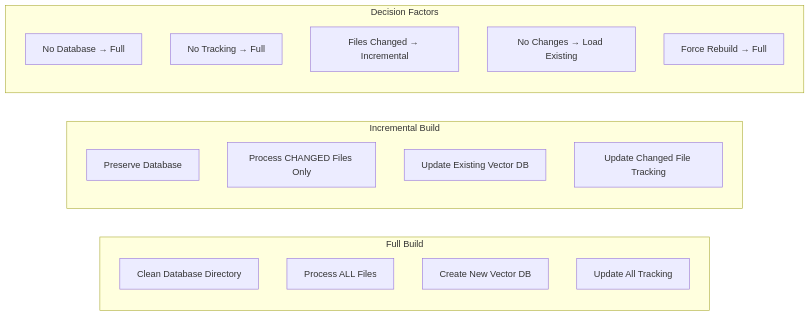
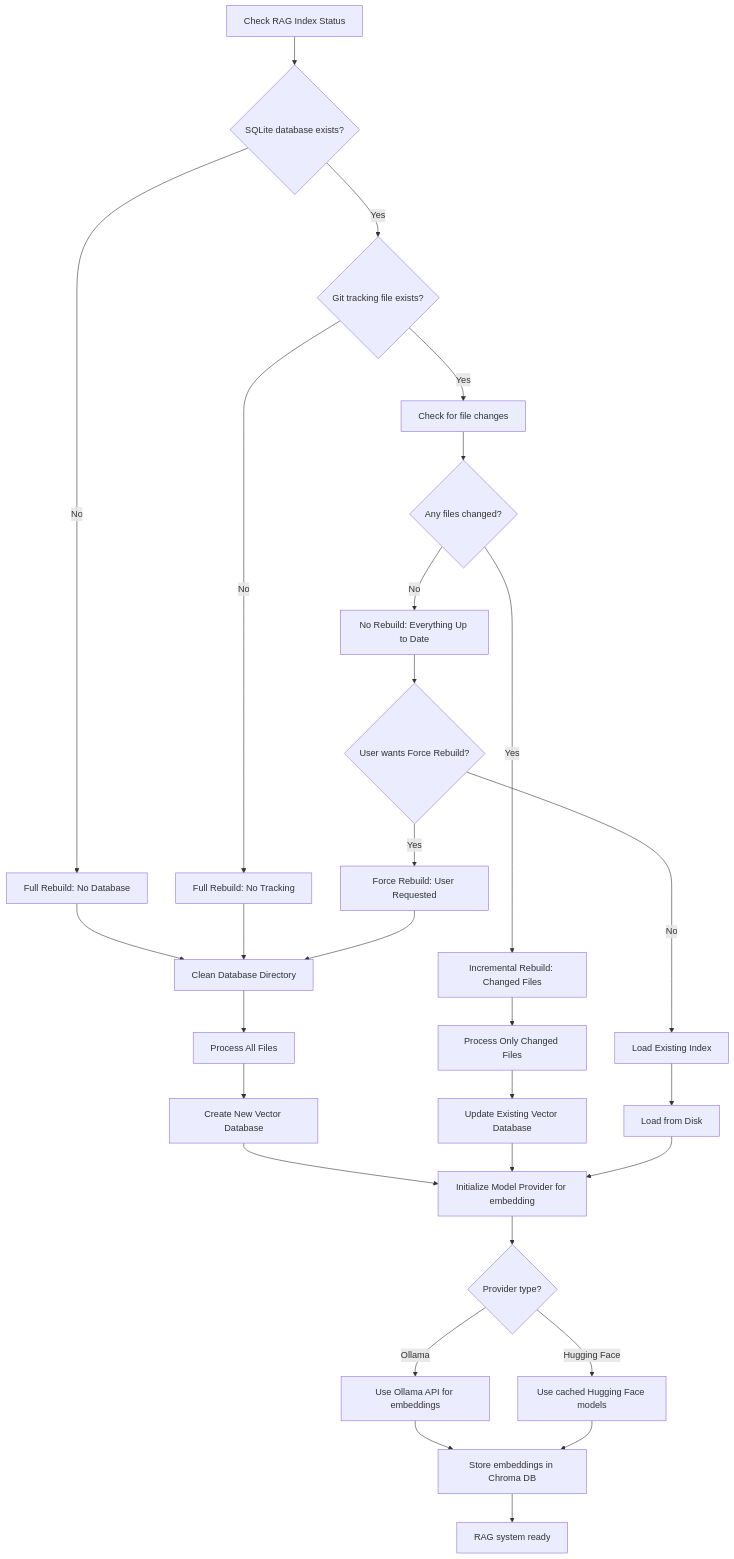
One commit to anilbattini/codebase-qa changed the fourth of 5 diagrams in debug_tools/MERMAID_CHART.md. Above: the diagram before and after it, drawn with Mermaid. The commit also changed other lines of this file and 16 other files, not shown here.

Commit message:
model provider experiment

````diff
--- a/debug_tools/MERMAID_CHART.md
+++ b/debug_tools/MERMAID_CHART.md
@@ -109,24 +125,41 @@
 ```mermaid
-flowchart LR
-    subgraph "Full Build"
-        A1[Clean Database Directory]
-        A2[Process ALL Files]
-        A3[Create New Vector DB]
-        A4[Update All Tracking]
-    end
+flowchart TD
+    A[Check RAG Index Status] --> B{SQLite database exists?}
+    B -->|No| C[Full Rebuild: No Database]
+    B -->|Yes| D{Git tracking file exists?}
     
-    subgraph "Incremental Build"
-        B1[Preserve Database]
-        B2[Process CHANGED Files Only]
-        B3[Update Existing Vector DB]
-        B4[Update Changed File Tracking]
-    end
+    D -->|No| E[Full Rebuild: No Tracking]
+    D -->|Yes| F[Check for file changes]
     
-    subgraph "Decision Factors"
-        C1[No Database → Full]
-        C2[No Tracking → Full]
-        C3[Files Changed → Incremental]
-        C4[No Changes → Load Existing]
-        C5[Force Rebuild → Full]
-    end
+    F --> G{Any files changed?}
+    G -->|Yes| H[Incremental Rebuild: Changed Files]
+    G -->|No| I[No Rebuild: Everything Up to Date]
+    
+    I --> J{User wants Force Rebuild?}
+    J -->|Yes| K[Force Rebuild: User Requested]
+    J -->|No| L[Load Existing Index]
+    
+    C --> M[Clean Database Directory]
+    E --> M
+    K --> M
+    
+    M --> N[Process All Files]
+    H --> O[Process Only Changed Files]
+    L --> P[Load from Disk]
+    
+    N --> Q[Create New Vector Database]
+    O --> R[Update Existing Vector Database]
+    
+    %% Model Provider Integration
+    Q --> S[Initialize Model Provider for embedding]
+    R --> S
+    P --> S
+    
+    S --> T{Provider type?}
+    T -->|Ollama| U[Use Ollama API for embeddings]
+    T -->|Hugging Face| V[Use cached Hugging Face models]
+    
+    U --> W[Store embeddings in Chroma DB]
+    V --> W
+    W --> X[RAG system ready]
 ```
````
